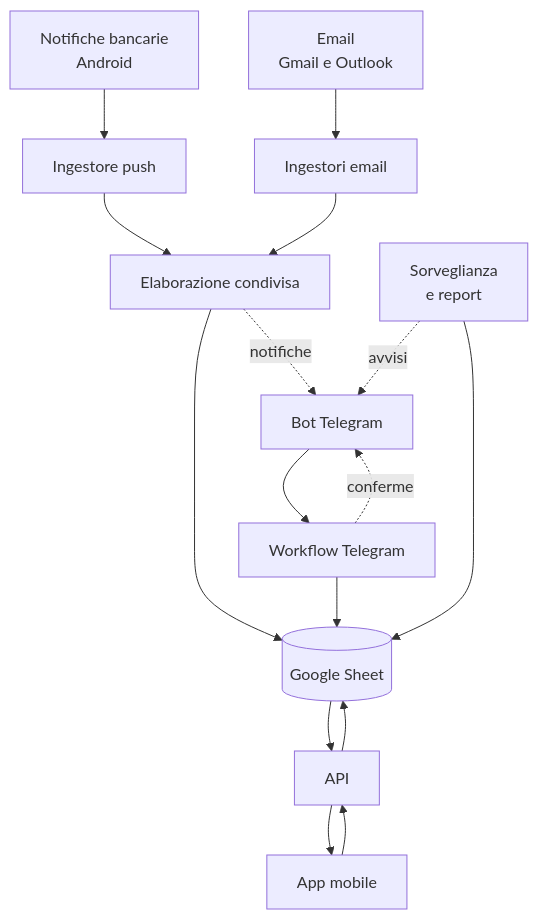
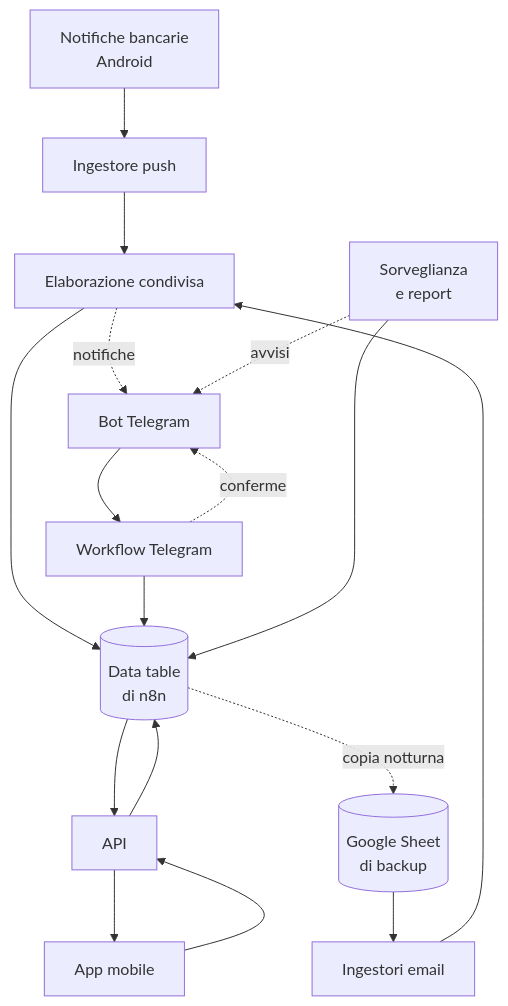
Before and after one commit to Prosdino95/leroy: the diagram in README.md, drawn with Mermaid. The commit also changed other lines of this file and 5 other files, not shown here.

First line of the commit message:
Aggiorna la documentazione all'impianto a data table

````diff
--- a/README.md
+++ b/README.md
@@ -44,21 +42,22 @@
 ```mermaid
 flowchart TD
     A[Notifiche bancarie<br/>Android] --> I1[Ingestore push]
     B[Email<br/>Gmail e Outlook] --> I2[Ingestori email]
     C[Bot Telegram] --> W1[Workflow Telegram]
     D[App mobile] --> API[API]
 
     I1 --> P[Elaborazione condivisa]
     I2 --> P
 
-    P --> S[(Google Sheet)]
+    P --> S[(Data table<br/>di n8n)]
     W1 --> S
     API --> S
 
     S --> API
     API --> D
     P -.notifiche.-> C
     W1 -.conferme.-> C
     G[Sorveglianza<br/>e report] --> S
     G -.avvisi.-> C
+    S -.copia notturna.-> B[(Google Sheet<br/>di backup)]
 ```
````
